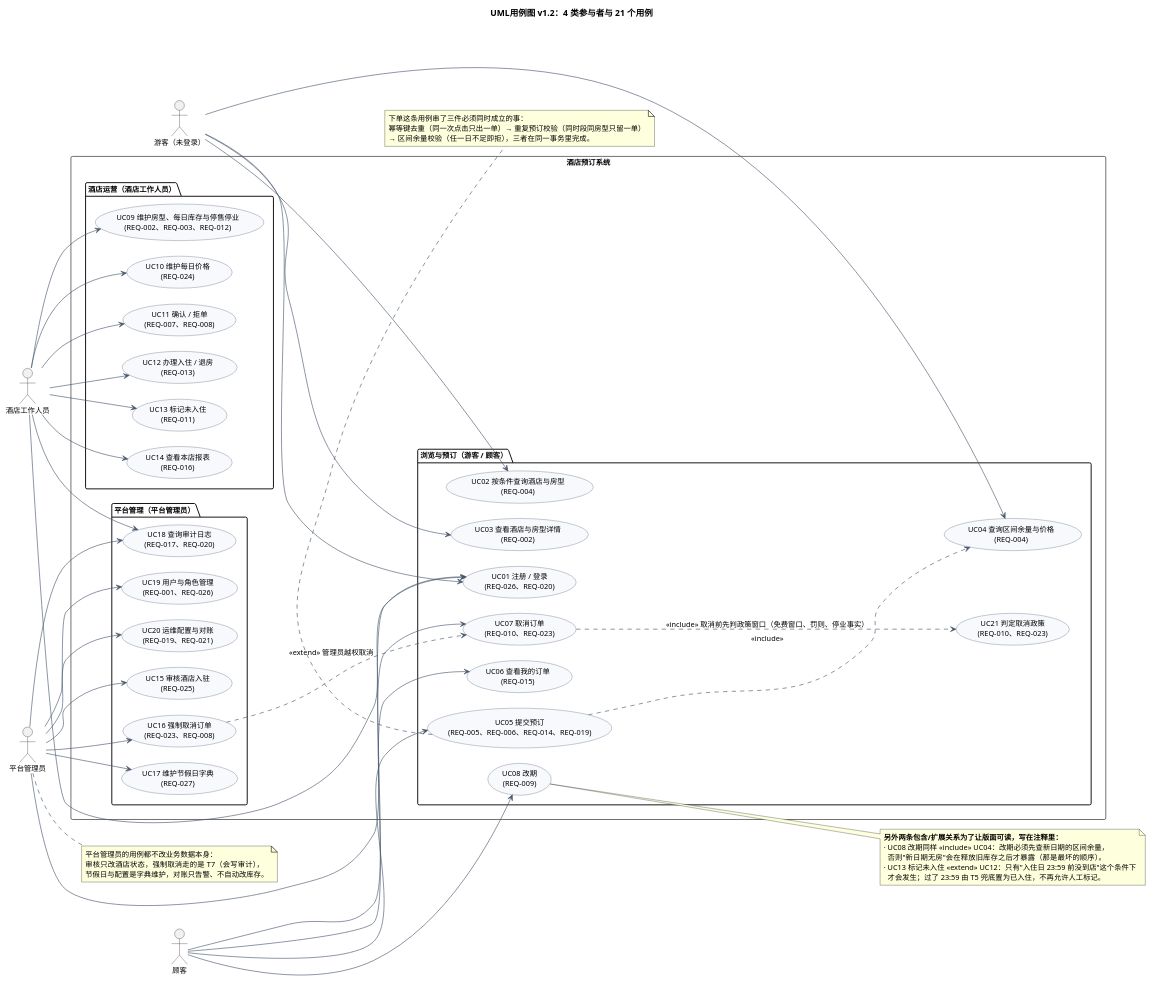
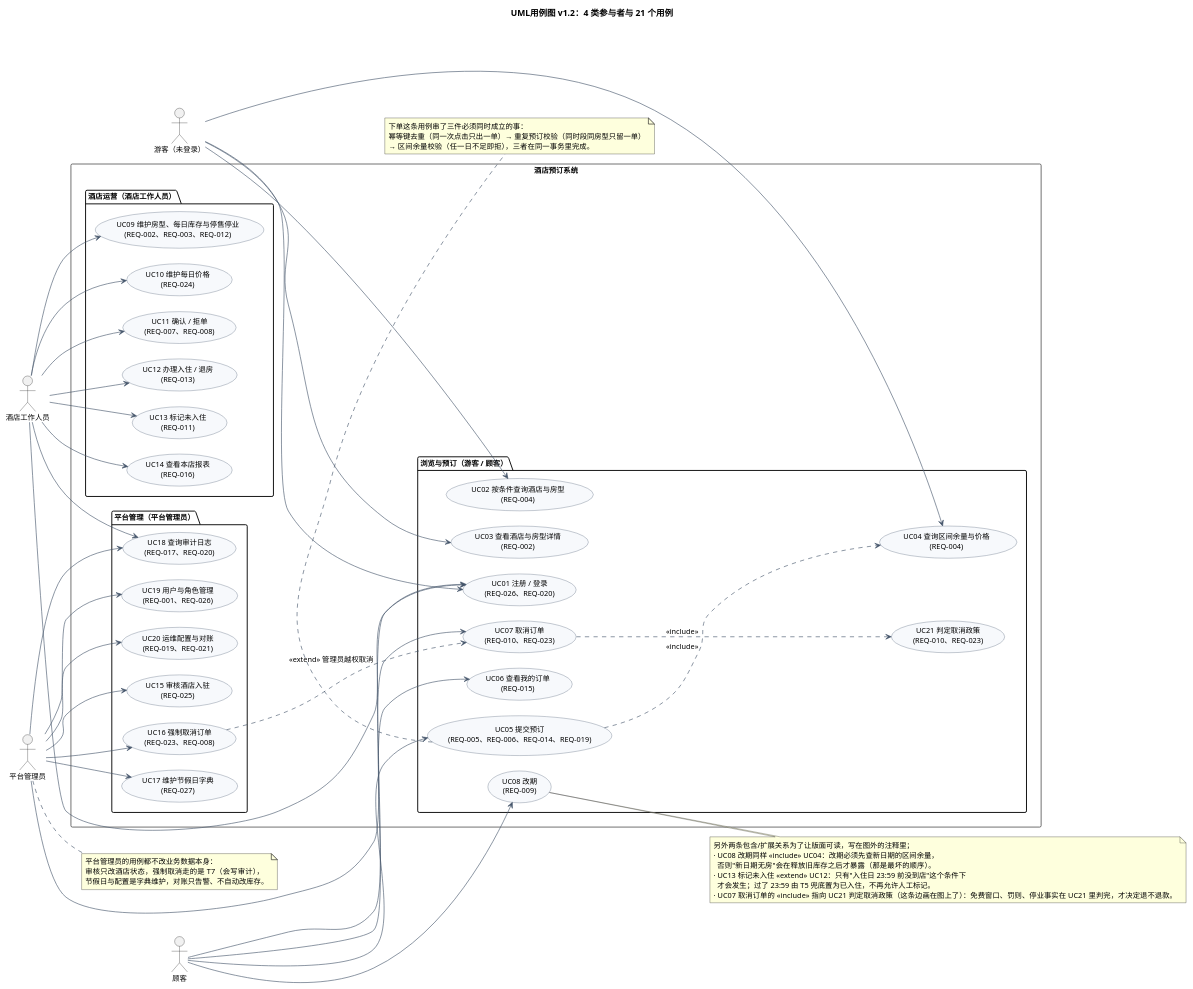
The diagram in exp2/UML/UML用例图.puml (ChenYiFanAccount/softeng-lab1-requirements), drawn with PlantUML before and after one commit. The commit also changed 15 other files, not shown here.

```diff
--- a/exp2/UML/UML用例图.puml
+++ b/exp2/UML/UML用例图.puml
@@ -1,112 +1,113 @@
 @startuml
 ' 版本：v1.2（2026-11-12，S3 行为图；补 UC21 判定取消政策，修正 UC07 的 include 指向）
 ' 口径来源：exp1/requirements.md（REQ-001~027）、exp2/设计基线/02_模块划分与交互.md §2 模块卡片
 ' 画法：4 类参与者（游客/顾客/酒店工作人员/平台管理员）画在系统边界外；
 ' 用三个用例包把 21 个用例按"谁在用"分组，避免连线交叉成一团；
 ' 用例名后带 REQ 编号，便于报告 3.x 逐条指回需求；include=必然发生，extend=条件性发生。
 title UML用例图 v1.2：4 类参与者与 21 个用例
 
 skinparam shadowing false
 skinparam defaultFontSize 12
 skinparam ArrowColor #44546A
 skinparam nodesep 25
 skinparam ranksep 35
 skinparam usecase {
   BackgroundColor #F7F9FC
   BorderColor #44546A
 }
 left to right direction
 
 actor "游客（未登录）" as Guest
 actor "顾客" as Customer
 actor "酒店工作人员" as Staff
 actor "平台管理员" as Admin
 
 rectangle "酒店预订系统" {
 
   package "浏览与预订（游客 / 顾客）" {
     usecase "UC01 注册 / 登录\n(REQ-026、REQ-020)" as UC01
     usecase "UC02 按条件查询酒店与房型\n(REQ-004)" as UC02
     usecase "UC03 查看酒店与房型详情\n(REQ-002)" as UC03
     usecase "UC04 查询区间余量与价格\n(REQ-004)" as UC04
     usecase "UC05 提交预订\n(REQ-005、REQ-006、REQ-014、REQ-019)" as UC05
     usecase "UC06 查看我的订单\n(REQ-015)" as UC06
     usecase "UC07 取消订单\n(REQ-010、REQ-023)" as UC07
     usecase "UC21 判定取消政策\n(REQ-010、REQ-023)" as UC21
     usecase "UC08 改期\n(REQ-009)" as UC08
   }
 
   package "酒店运营（酒店工作人员）" {
     usecase "UC09 维护房型、每日库存与停售停业\n(REQ-002、REQ-003、REQ-012)" as UC09
     usecase "UC10 维护每日价格\n(REQ-024)" as UC10
     usecase "UC11 确认 / 拒单\n(REQ-007、REQ-008)" as UC11
     usecase "UC12 办理入住 / 退房\n(REQ-013)" as UC12
     usecase "UC13 标记未入住\n(REQ-011)" as UC13
     usecase "UC14 查看本店报表\n(REQ-016)" as UC14
   }
 
   package "平台管理（平台管理员）" {
     usecase "UC15 审核酒店入驻\n(REQ-025)" as UC15
     usecase "UC16 强制取消订单\n(REQ-023、REQ-008)" as UC16
     usecase "UC17 维护节假日字典\n(REQ-027)" as UC17
     usecase "UC18 查询审计日志\n(REQ-017、REQ-020)" as UC18
     usecase "UC19 用户与角色管理\n(REQ-001、REQ-026)" as UC19
     usecase "UC20 运维配置与对账\n(REQ-019、REQ-021)" as UC20
   }
 }
 
 ' ---------- 参与者与用例 ----------
 Guest --> UC01
 Guest --> UC02
 Guest --> UC03
 Guest --> UC04
 
 Customer --> UC05
 Customer --> UC06
 Customer --> UC07
 Customer --> UC08
 
 Staff --> UC01
 Staff --> UC09
 Staff --> UC10
 Staff --> UC11
 Staff --> UC12
 Staff --> UC13
 Staff --> UC14
 Staff --> UC18
 
 Admin --> UC01
 Admin --> UC15
 Admin --> UC16
 Admin --> UC17
 Admin --> UC18
 Admin --> UC19
 Admin --> UC20
 
 ' ---------- include：必然发生（下单/改期都必须先拿到余量；取消必须先判政策） ----------
 UC05 ..> UC04 : <<include>>
-UC07 ..> UC21 : <<include>> 取消前先判政策窗口（免费窗口、罚则、停业事实）
+UC07 ..> UC21 : <<include>>
 
 ' ---------- extend：条件发生 ----------
 UC16 ..> UC07 : <<extend>> 管理员越权取消
 
 note bottom of UC05
   下单这条用例串了三件必须同时成立的事：
   幂等键去重（同一次点击只出一单）→ 重复预订校验（同时段同房型只留一单）
   → 区间余量校验（任一日不足即拒），三者在同一事务里完成。
 end note
 
 note right of UC08
-  **另外两条包含/扩展关系为了让版面可读，写在注释里：**
+  另外两条包含/扩展关系为了让版面可读，写在图外的注释里；
   · UC08 改期同样 <<include>> UC04：改期必须先查新日期的区间余量，
     否则"新日期无房"会在释放旧库存之后才暴露（那是最坏的顺序）。
   · UC13 标记未入住 <<extend>> UC12：只有"入住日 23:59 前没到店"这个条件下
     才会发生；过了 23:59 由 T5 兜底置为已入住，不再允许人工标记。
+  · UC07 取消订单的 <<include>> 指向 UC21 判定取消政策（这条边画在图上了）：免费窗口、罚则、停业事实在 UC21 里判完，才决定退不退款。
 end note
 
 note right of Admin
   平台管理员的用例都不改业务数据本身：
   审核只改酒店状态，强制取消走的是 T7（会写审计），
   节假日与配置是字典维护，对账只告警、不自动改库存。
 end note
 @enduml
```
